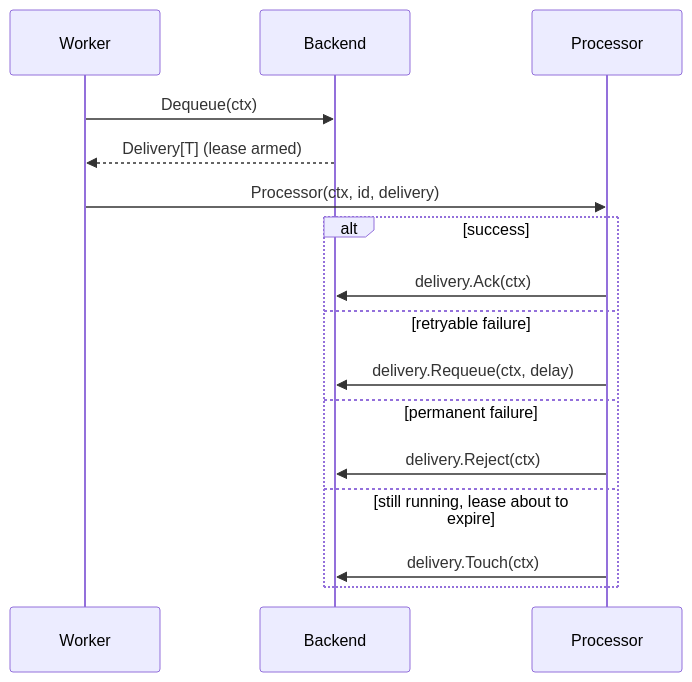
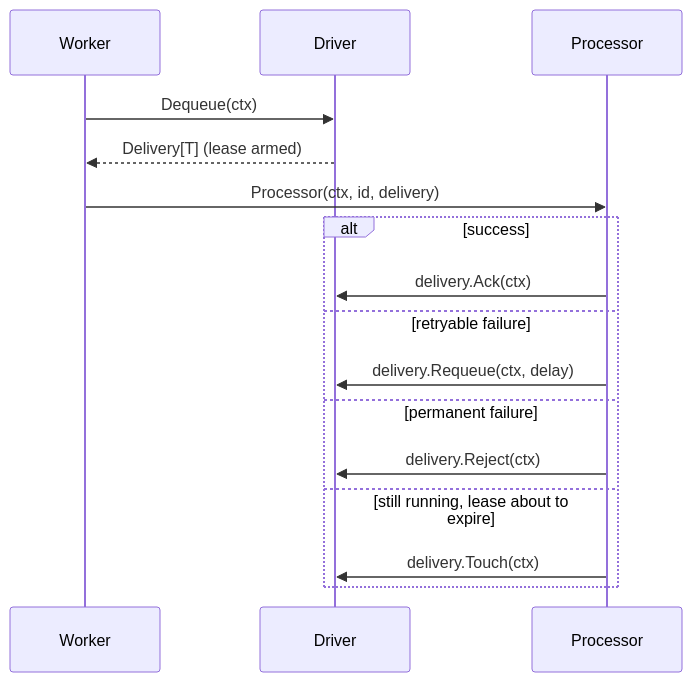
Before and after one commit to Neur0toxine/mg-transport-core: the second of 2 diagrams in docs/queues.md, drawn with Mermaid. The commit also changed other lines of this file and 36 other files, not shown here.

Commit message:
chore: rename Backend to Driver

````diff
--- a/docs/queues.md
+++ b/docs/queues.md
@@ -231,19 +231,19 @@
 ```mermaid
 sequenceDiagram
     participant W as Worker
-    participant B as Backend
+    participant B as Driver
     participant P as Processor
 
     W->>B: Dequeue(ctx)
     B-->>W: Delivery[T] (lease armed)
     W->>P: Processor(ctx, id, delivery)
     alt success
         P->>B: delivery.Ack(ctx)
     else retryable failure
         P->>B: delivery.Requeue(ctx, delay)
     else permanent failure
         P->>B: delivery.Reject(ctx)
     else still running, lease about to expire
         P->>B: delivery.Touch(ctx)
     end
 ```
````
